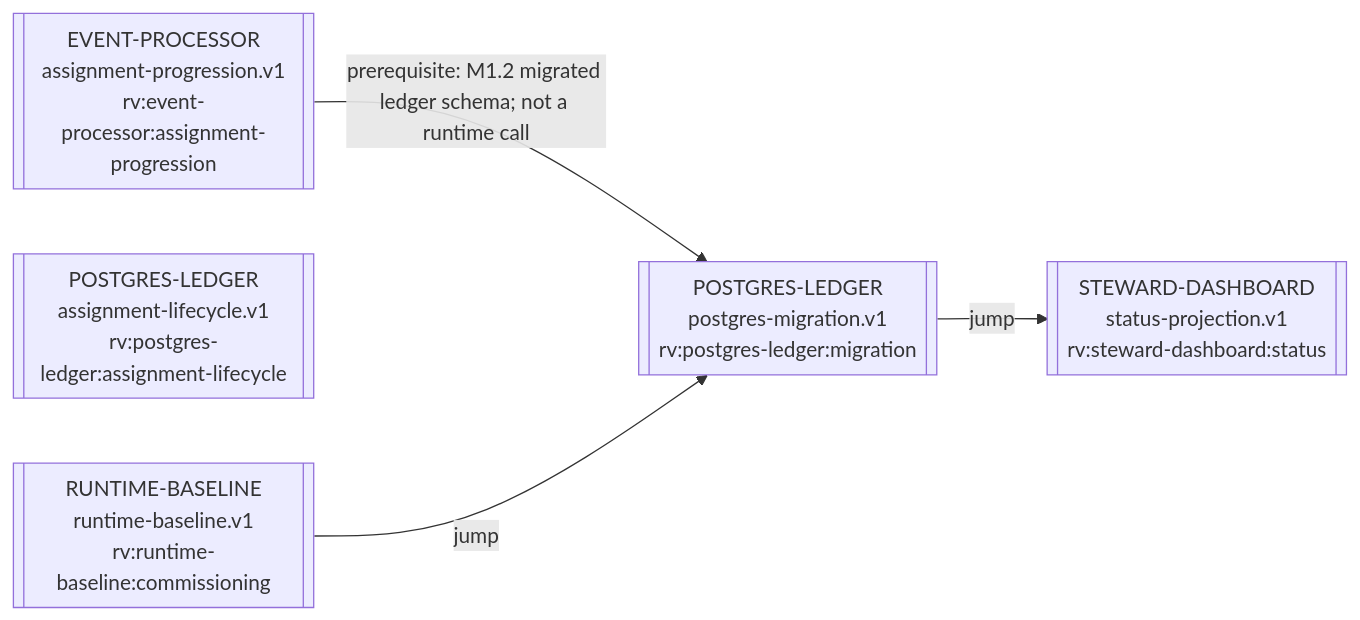
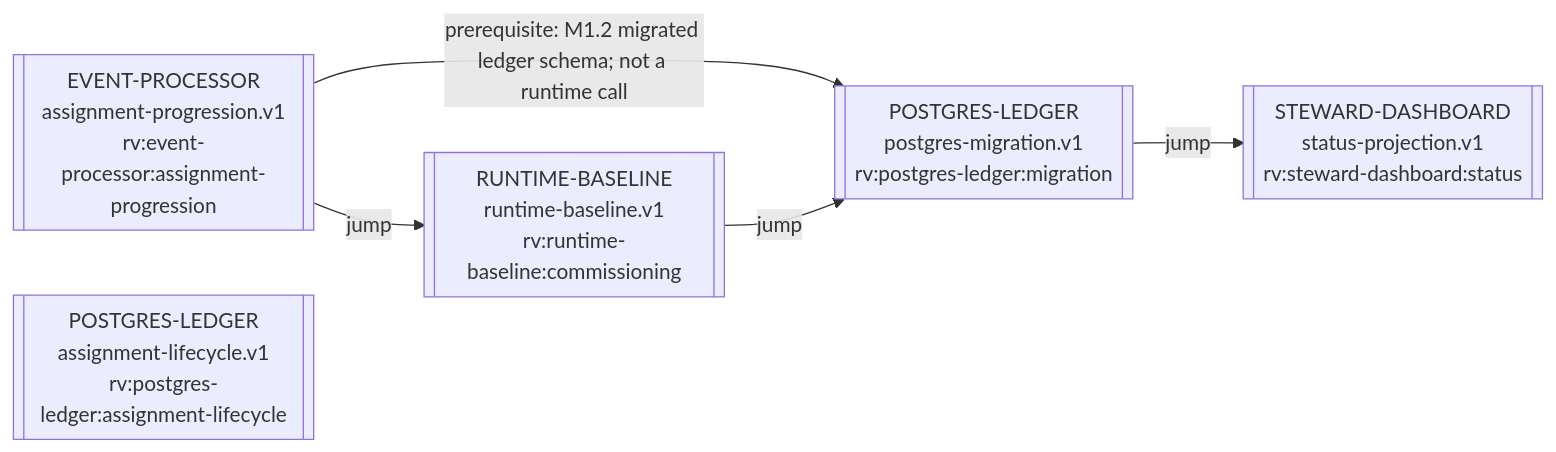
Before and after one commit to ppow1/Riverview-: the diagram in process_graphs/generated/RIVERVIEW_PROCESS_GRAPH.md, drawn with Mermaid. The commit also changed other lines of this file and 46 other files, not shown here.

Commit message:
feat: commissionable M1.3 event processor

````diff
--- a/process_graphs/generated/RIVERVIEW_PROCESS_GRAPH.md
+++ b/process_graphs/generated/RIVERVIEW_PROCESS_GRAPH.md
@@ -9,11 +9,12 @@
 ```mermaid
 flowchart LR
   g_rv_event_processor_assignment_progression_fa10db2d[["EVENT-PROCESSOR<br/>assignment-progression.v1<br/>rv:event-processor:assignment-progression"]]
   g_rv_postgres_ledger_assignment_lifecycle_a9a01b67[["POSTGRES-LEDGER<br/>assignment-lifecycle.v1<br/>rv:postgres-ledger:assignment-lifecycle"]]
   g_rv_postgres_ledger_migration_4c89ef23[["POSTGRES-LEDGER<br/>postgres-migration.v1<br/>rv:postgres-ledger:migration"]]
   g_rv_runtime_baseline_commissioning_46ff1ccf[["RUNTIME-BASELINE<br/>runtime-baseline.v1<br/>rv:runtime-baseline:commissioning"]]
   g_rv_steward_dashboard_status_75f7c259[["STEWARD-DASHBOARD<br/>status-projection.v1<br/>rv:steward-dashboard:status"]]
   g_rv_event_processor_assignment_progression_fa10db2d -->|prerequisite: M1.2 migrated ledger schema; not a runtime call| g_rv_postgres_ledger_migration_4c89ef23
+  g_rv_event_processor_assignment_progression_fa10db2d -->|jump| g_rv_runtime_baseline_commissioning_46ff1ccf
   g_rv_postgres_ledger_migration_4c89ef23 -->|jump| g_rv_steward_dashboard_status_75f7c259
   g_rv_runtime_baseline_commissioning_46ff1ccf -->|jump| g_rv_postgres_ledger_migration_4c89ef23
 ```
````
